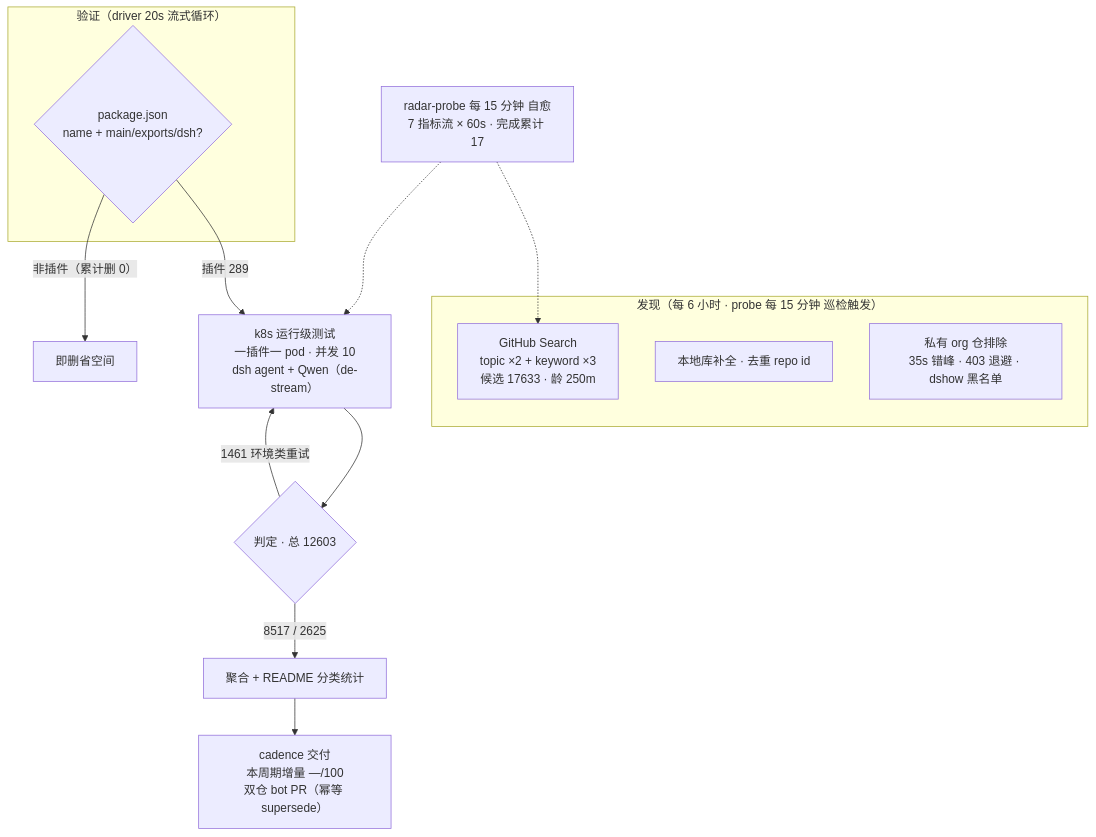
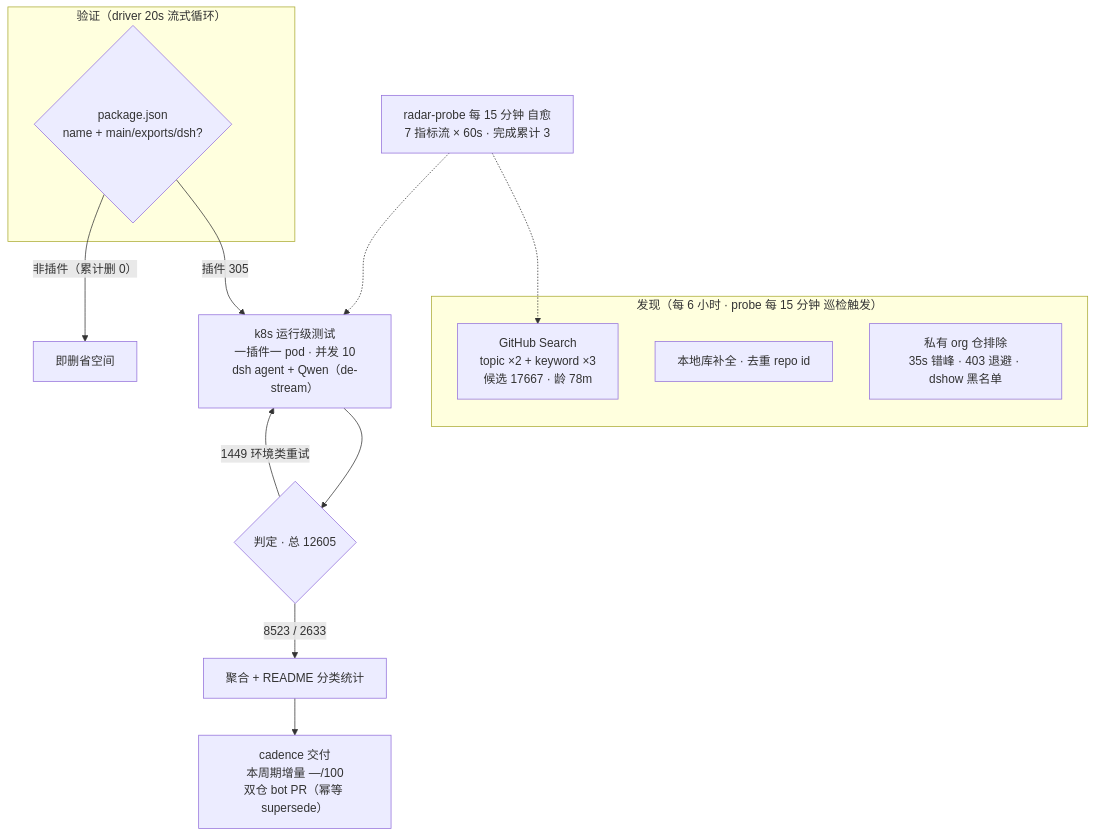
One commit to AdamPlatin123/awesome-dsh-plugins changed the diagram in README.md. Above: the diagram before and after it, drawn with Mermaid. The commit also changed other lines of this file and 5 other files, not shown here.

````diff
--- a/README.md
+++ b/README.md
@@ -52,20 +52,20 @@
 ```mermaid
 flowchart TB
     subgraph Discovery["发现（每 6 小时 · probe 每 15 分钟 巡检触发）"]
-        A1["GitHub Search<br/>topic ×2 + keyword ×3<br/>候选 17633 · 龄 250m"]
+        A1["GitHub Search<br/>topic ×2 + keyword ×3<br/>候选 17667 · 龄 78m"]
         A2["本地库补全 · 去重 repo id"]
         A3["私有 org 仓排除<br/>35s 错峰 · 403 退避 · dshow 黑名单"]
     end
     subgraph Validation["验证（driver 20s 流式循环）"]
         B1{"package.json<br/>name + main/exports/dsh?"}
     end
-    B1 -->|"插件 289"| C1["k8s 运行级测试<br/>一插件一 pod · 并发 10<br/>dsh agent + Qwen（de-stream）"]
+    B1 -->|"插件 305"| C1["k8s 运行级测试<br/>一插件一 pod · 并发 10<br/>dsh agent + Qwen（de-stream）"]
     B1 -->|"非插件（累计删 0）"| B3["即删省空间"]
-    C1 --> D1{"判定 · 总 12603"}
-    D1 -->|"8517 / 2625"| E1["聚合 + README 分类统计"]
-    D1 -->|"1461 环境类重试"| C1
+    C1 --> D1{"判定 · 总 12605"}
+    D1 -->|"8523 / 2633"| E1["聚合 + README 分类统计"]
+    D1 -->|"1449 环境类重试"| C1
     E1 --> E2["cadence 交付<br/>本周期增量 —/100<br/>双仓 bot PR（幂等 supersede）"]
-    M["radar-probe 每 15 分钟 自愈<br/>7 指标流 × 60s · 完成累计 17"]
+    M["radar-probe 每 15 分钟 自愈<br/>7 指标流 × 60s · 完成累计 3"]
     M -.-> A1
     M -.-> C1
 ```
````
